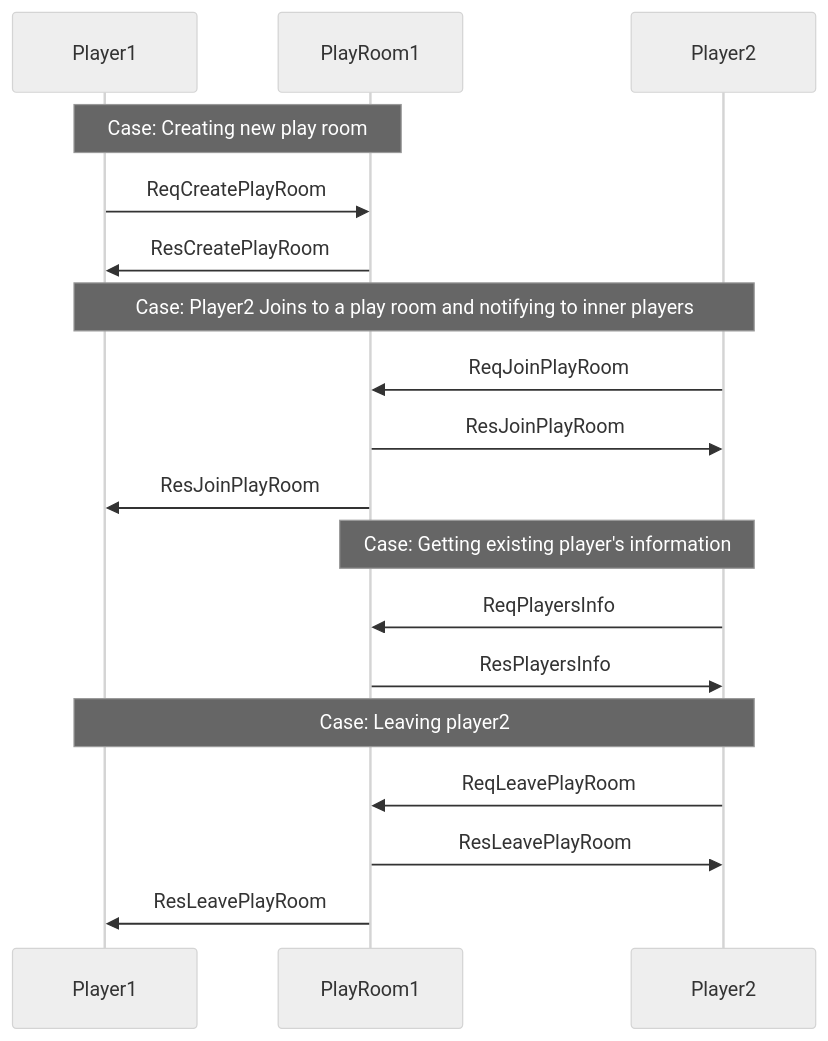
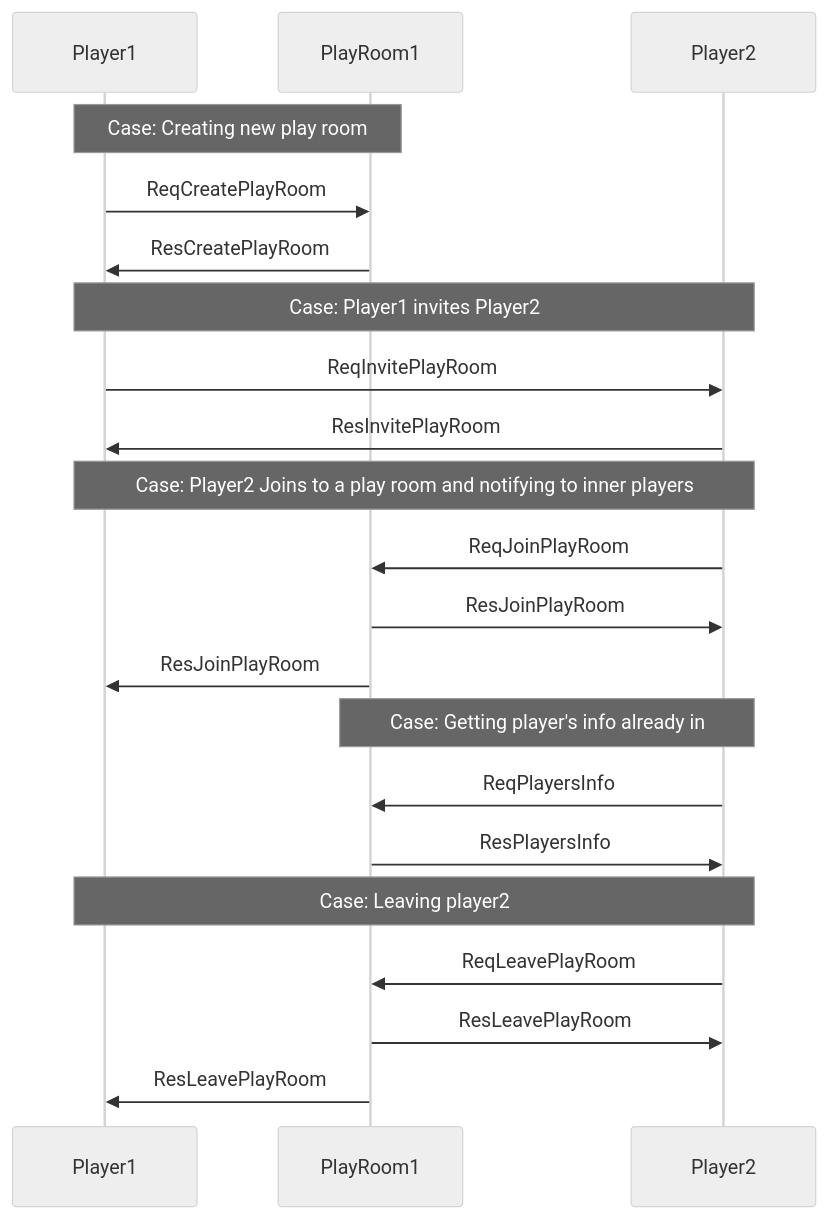
One commit to jun92/ABMGS changed the diagram in Source/ABMGS.Serverv2.Package/fbs/playroom.mmd. Above: the diagram before and after it, drawn with Mermaid (neutral theme). The commit also changed other lines of this file and 17 other files, not shown here.

```diff
--- a/Source/ABMGS.Serverv2.Package/fbs/playroom.mmd
+++ b/Source/ABMGS.Serverv2.Package/fbs/playroom.mmd
@@ -1,23 +1,26 @@
 sequenceDiagram
 participant Player1
 participant PlayRoom1
 participant Player2
 
-
 Note over Player1,PlayRoom1: Case: Creating new play room
 Player1->>PlayRoom1: ReqCreatePlayRoom
 PlayRoom1->>Player1: ResCreatePlayRoom
+
+Note over Player1,Player2: Case: Player1 invites Player2
+Player1->>Player2: ReqInvitePlayRoom
+Player2->>Player1: ResInvitePlayRoom
 
 Note over Player1,Player2: Case: Player2 Joins to a play room and notifying to inner players
 Player2->>PlayRoom1: ReqJoinPlayRoom
 PlayRoom1->>Player2: ResJoinPlayRoom
 PlayRoom1->>Player1: ResJoinPlayRoom
 
-Note over Player2,PlayRoom1: Case: Getting existing player's information
+Note over Player2,PlayRoom1: Case: Getting player's info already in
 Player2->>PlayRoom1: ReqPlayersInfo
 PlayRoom1->>Player2: ResPlayersInfo
 
 Note over Player1,Player2: Case: Leaving player2
 Player2->>PlayRoom1: ReqLeavePlayRoom
 PlayRoom1->>Player2: ResLeavePlayRoom
 PlayRoom1->>Player1: ResLeavePlayRoom
```
